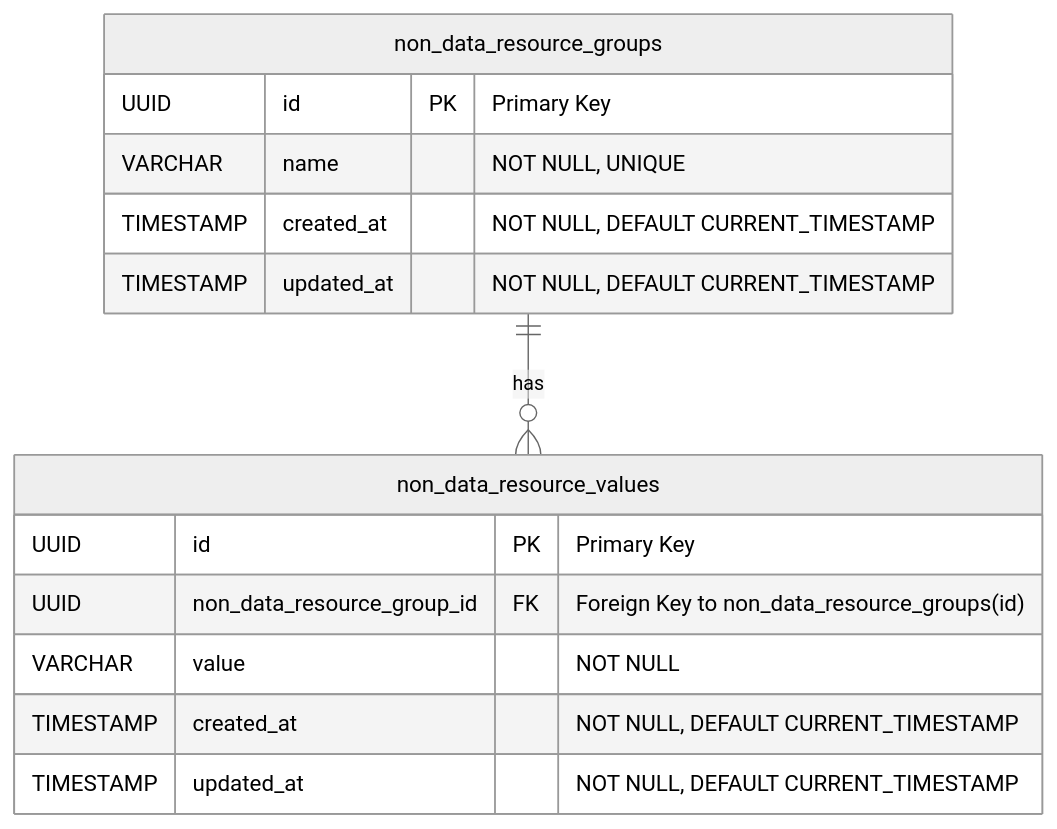
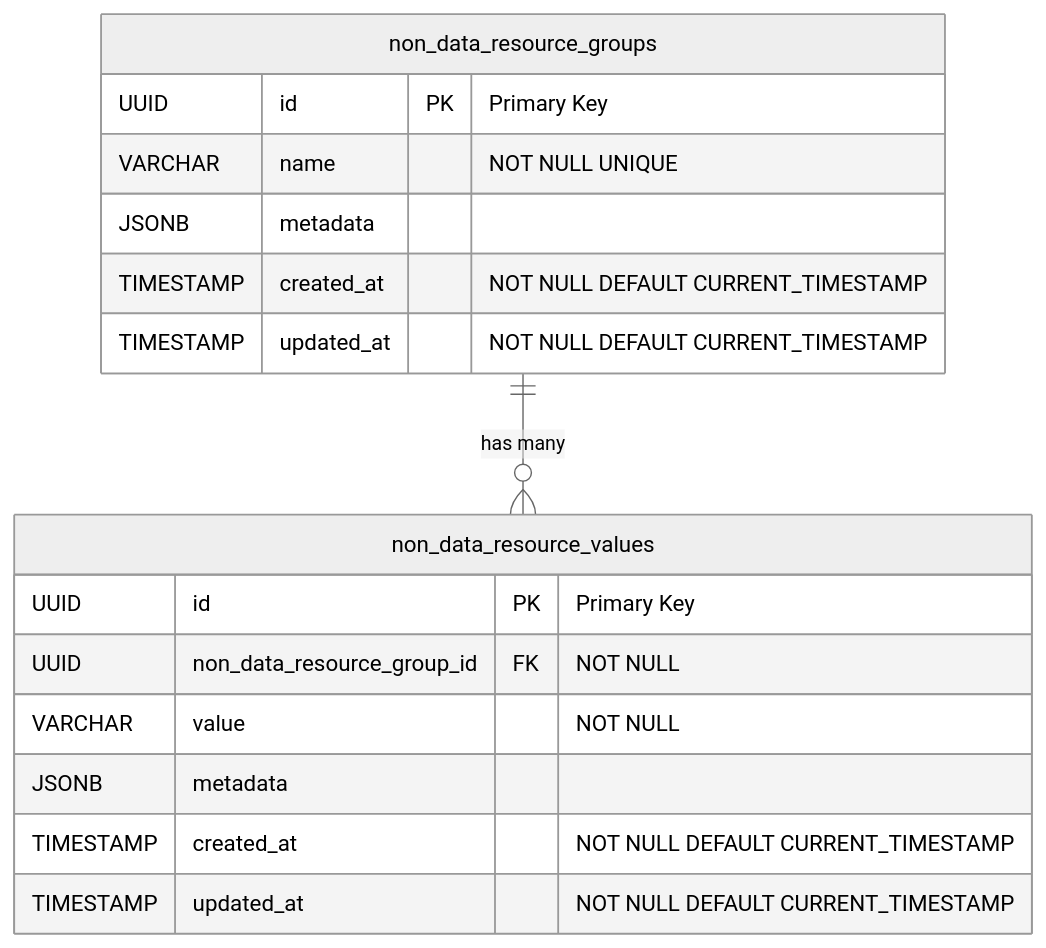
The diagram in service/policy/db/migrations/20250407000000_add_non_data_resources.md (opentdf/platform), drawn with Mermaid (neutral theme) before and after one commit.

Commit message:
update mermaid doc

````diff
--- a/service/policy/db/migrations/20250407000000_add_non_data_resources.md
+++ b/service/policy/db/migrations/20250407000000_add_non_data_resources.md
@@ -3,19 +3,21 @@
 ```mermaid
 erDiagram
-    non_data_resource_groups ||--o{ non_data_resource_values : "has"
-    
     non_data_resource_groups {
         UUID id PK "Primary Key"
-        VARCHAR name "NOT NULL, UNIQUE"
-        TIMESTAMP created_at "NOT NULL, DEFAULT CURRENT_TIMESTAMP"
-        TIMESTAMP updated_at "NOT NULL, DEFAULT CURRENT_TIMESTAMP"
+        VARCHAR name "NOT NULL UNIQUE"
+        JSONB metadata
+        TIMESTAMP created_at "NOT NULL DEFAULT CURRENT_TIMESTAMP"
+        TIMESTAMP updated_at "NOT NULL DEFAULT CURRENT_TIMESTAMP"
     }
     
     non_data_resource_values {
         UUID id PK "Primary Key"
-        UUID non_data_resource_group_id FK "Foreign Key to non_data_resource_groups(id)"
+        UUID non_data_resource_group_id FK "NOT NULL"
         VARCHAR value "NOT NULL"
-        TIMESTAMP created_at "NOT NULL, DEFAULT CURRENT_TIMESTAMP"
-        TIMESTAMP updated_at "NOT NULL, DEFAULT CURRENT_TIMESTAMP"
+        JSONB metadata
+        TIMESTAMP created_at "NOT NULL DEFAULT CURRENT_TIMESTAMP"
+        TIMESTAMP updated_at "NOT NULL DEFAULT CURRENT_TIMESTAMP"
     }
+    
+    non_data_resource_groups ||--o{ non_data_resource_values : "has many"
 ```
````
